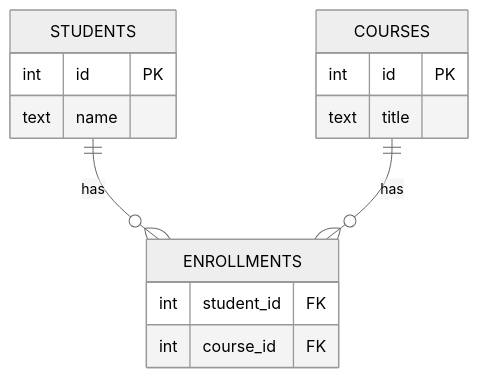
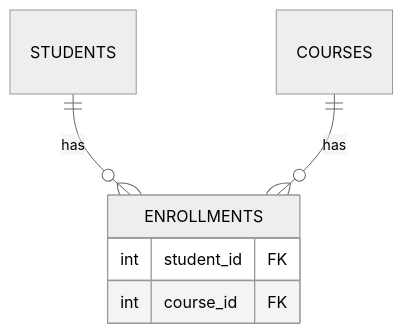
Before and after one commit to Topurrra/themissingmanual: the third of 3 diagrams in guides/relationships-and-keys/03-foreign-keys-and-referential-integrity.md, drawn with Mermaid (neutral theme). The commit also changed other lines of this file and 15 other files, not shown here.

Commit message:
fixed mermaid diagrams

````diff
--- a/guides/relationships-and-keys/03-foreign-keys-and-referential-integrity.md
+++ b/guides/relationships-and-keys/03-foreign-keys-and-referential-integrity.md
@@ -122,17 +119,9 @@
 ```mermaid
 erDiagram
-  STUDENTS ||--o{ ENROLLMENTS : "has"
-  COURSES  ||--o{ ENROLLMENTS : "has"
-  STUDENTS {
-    int id PK
-    text name
-  }
+  STUDENTS ||--o{ ENROLLMENTS : has
+  COURSES ||--o{ ENROLLMENTS : has
   ENROLLMENTS {
     int student_id FK
     int course_id FK
   }
-  COURSES {
-    int id PK
-    text title
-  }
 ```
````
